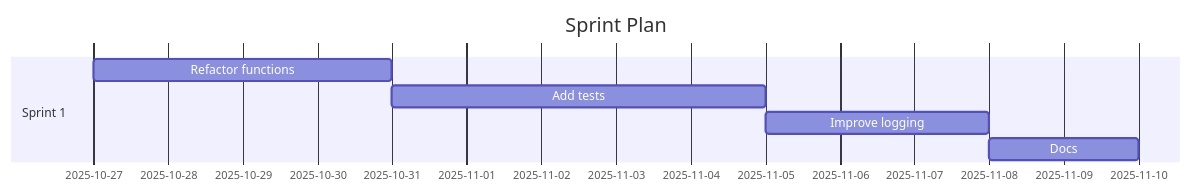
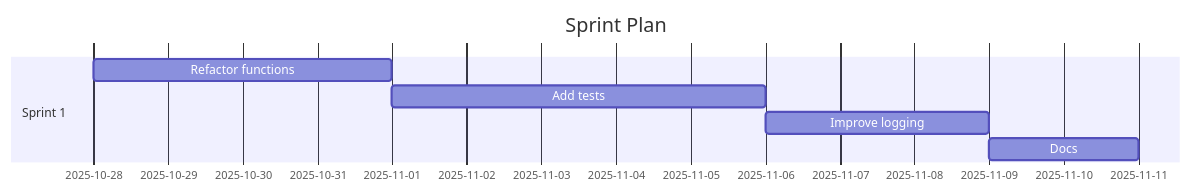
One commit to Anselmoo/mcp-ai-agent-guidelines changed the diagram in demos/demo-code-analysis.sprint.md. Above: the diagram before and after it, drawn with Mermaid. The commit also changed other lines of this file and 24 other files, not shown here.

````diff
--- a/demos/demo-code-analysis.sprint.md
+++ b/demos/demo-code-analysis.sprint.md
@@ -59,11 +59,11 @@
 ```mermaid
 gantt
 	dateFormat  YYYY-MM-DD
 	title Sprint Plan
 %% Accessibility: Title=Project Sprint Plan; Description=Gantt chart of sprints and tasks over time. %%
   section Sprint 1
-  Refactor functions :s1t0, 2025-10-27, 4d
-  Add tests :s1t1, 2025-10-31, 5d
-  Improve logging :s1t2, 2025-11-05, 3d
-  Docs :s1t3, 2025-11-08, 2d
+  Refactor functions :s1t0, 2025-10-28, 4d
+  Add tests :s1t1, 2025-11-01, 5d
+  Improve logging :s1t2, 2025-11-06, 3d
+  Docs :s1t3, 2025-11-09, 2d
 ```
````
